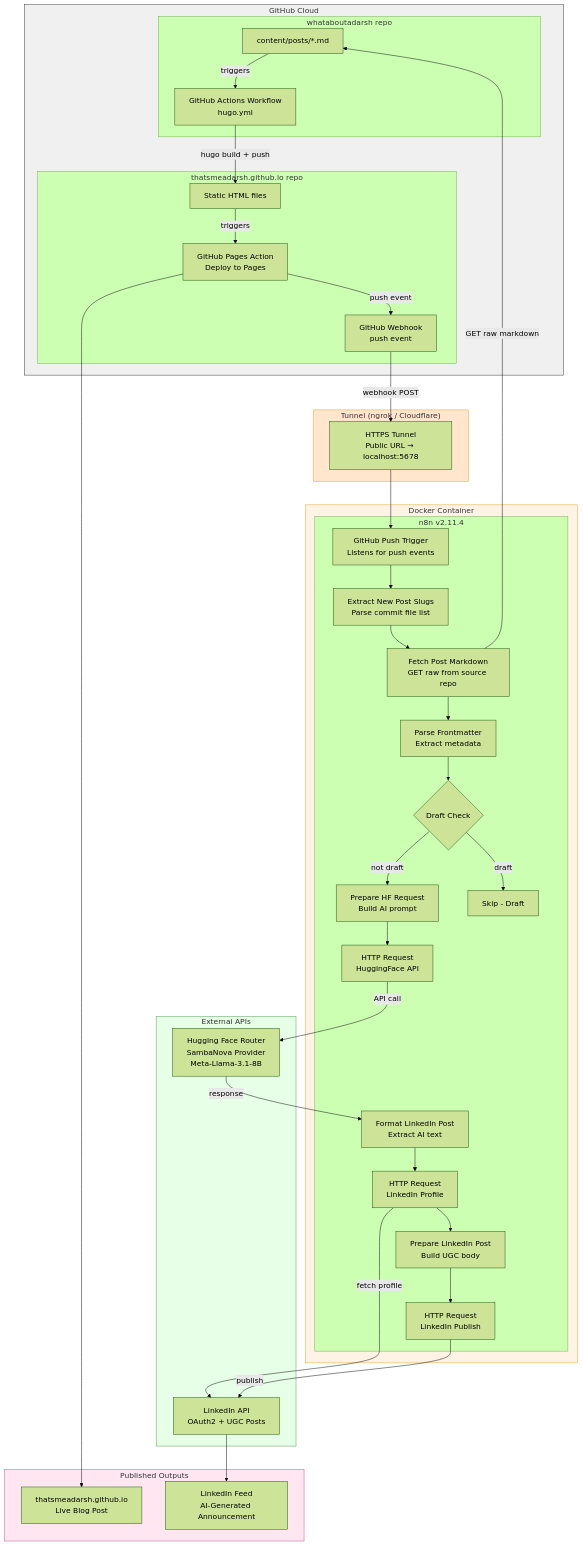
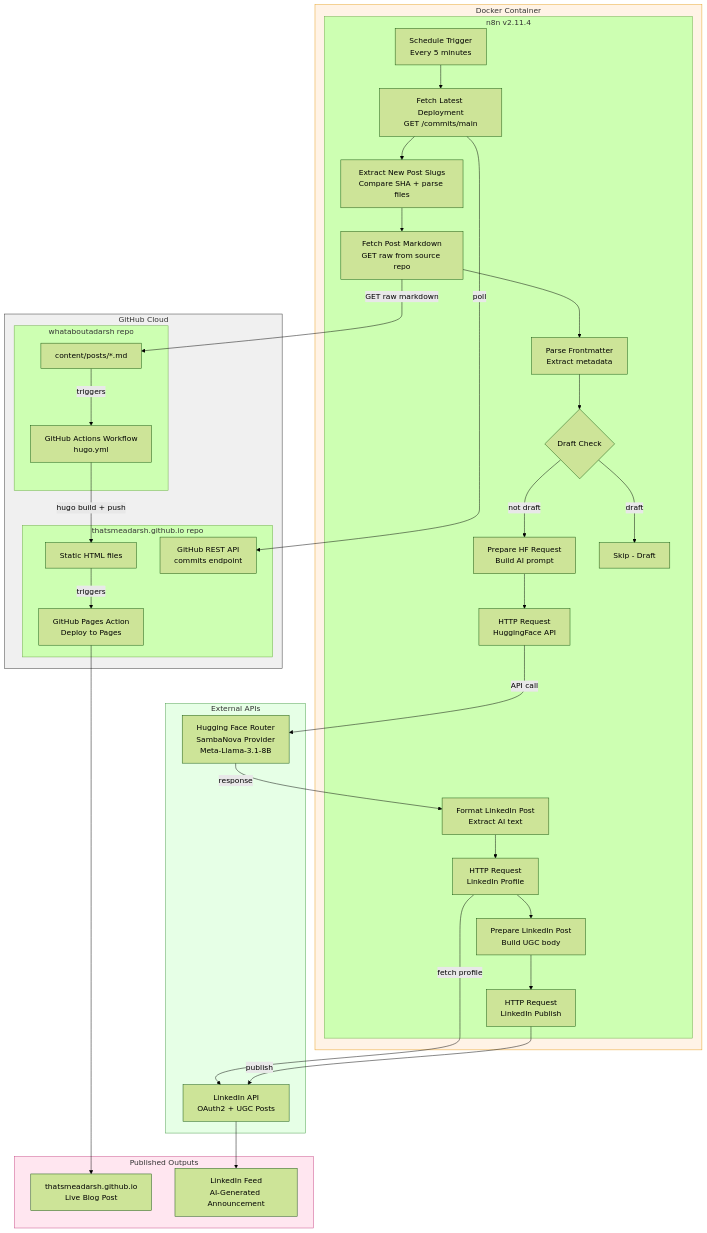
One commit to thatsmeadarsh/n8n-powered-auto-web-publish changed the second of 7 diagrams in docs/architecture.md. Above: the diagram before and after it, drawn with Mermaid (forest theme). The commit also changed other lines of this file and 4 other files, not shown here.

First line of the commit message:
Switch from webhook trigger to polling for corporate network compatibility

````diff
--- a/docs/architecture.md
+++ b/docs/architecture.md
@@ -86,67 +87,62 @@
 ```mermaid
 graph TB
     subgraph GitHub["GitHub Cloud"]
         subgraph HugoRepo["whataboutadarsh repo"]
             SRC[content/posts/*.md]
             GA[GitHub Actions Workflow<br/>hugo.yml]
         end
         subgraph PagesRepo["thatsmeadarsh.github.io repo"]
             HTML[Static HTML files]
             PA[GitHub Pages Action<br/>Deploy to Pages]
-            GWH[GitHub Webhook<br/>push event]
+            GAPI[GitHub REST API<br/>commits endpoint]
         end
-    end
-
-    subgraph Tunnel["Tunnel (ngrok / Cloudflare)"]
-        TN[HTTPS Tunnel<br/>Public URL → localhost:5678]
     end
 
     subgraph Docker["Docker Container"]
         subgraph n8n["n8n v2.11.4"]
-            GT[GitHub Push Trigger<br/>Listens for push events]
-            ES[Extract New Post Slugs<br/>Parse commit file list]
+            ST[Schedule Trigger<br/>Every 5 minutes]
+            FD[Fetch Latest Deployment<br/>GET /commits/main]
+            ES[Extract New Post Slugs<br/>Compare SHA + parse files]
             FM[Fetch Post Markdown<br/>GET raw from source repo]
             PF[Parse Frontmatter<br/>Extract metadata]
             DC{Draft Check}
             PR[Prepare HF Request<br/>Build AI prompt]
             HF[HTTP Request<br/>HuggingFace API]
             FL[Format LinkedIn Post<br/>Extract AI text]
             GL[HTTP Request<br/>LinkedIn Profile]
             PL[Prepare LinkedIn Post<br/>Build UGC body]
             LI[HTTP Request<br/>LinkedIn Publish]
             SK[Skip - Draft]
         end
     end
 
     subgraph APIs["External APIs"]
         HFA[Hugging Face Router<br/>SambaNova Provider<br/>Meta-Llama-3.1-8B]
         LIA[LinkedIn API<br/>OAuth2 + UGC Posts]
     end
 
     subgraph Output["Published Outputs"]
         WEB["thatsmeadarsh.github.io<br/>Live Blog Post"]
         LIP["LinkedIn Feed<br/>AI-Generated Announcement"]
     end
 
     SRC -->|triggers| GA
     GA -->|hugo build + push| HTML
     HTML -->|triggers| PA --> WEB
-    PA -->|push event| GWH
-    GWH -->|webhook POST| TN --> GT
-    GT --> ES --> FM
+    ST --> FD -->|poll| GAPI
+    FD --> ES --> FM
     FM -->|GET raw markdown| SRC
     FM --> PF --> DC
     DC -->|not draft| PR --> HF
     DC -->|draft| SK
     HF -->|API call| HFA
     HFA -->|response| FL
     FL --> GL -->|fetch profile| LIA
     GL --> PL --> LI -->|publish| LIA
     LIA --> LIP
 
     style GitHub fill:#f0f0f0,stroke:#333
-    style Tunnel fill:#ffe6cc,stroke:#e8a020
     style Docker fill:#fff3e6,stroke:#e8a020
     style APIs fill:#e6ffe6,stroke:#4a9e4a
     style Output fill:#ffe6f0,stroke:#c84a86
 ```
````
